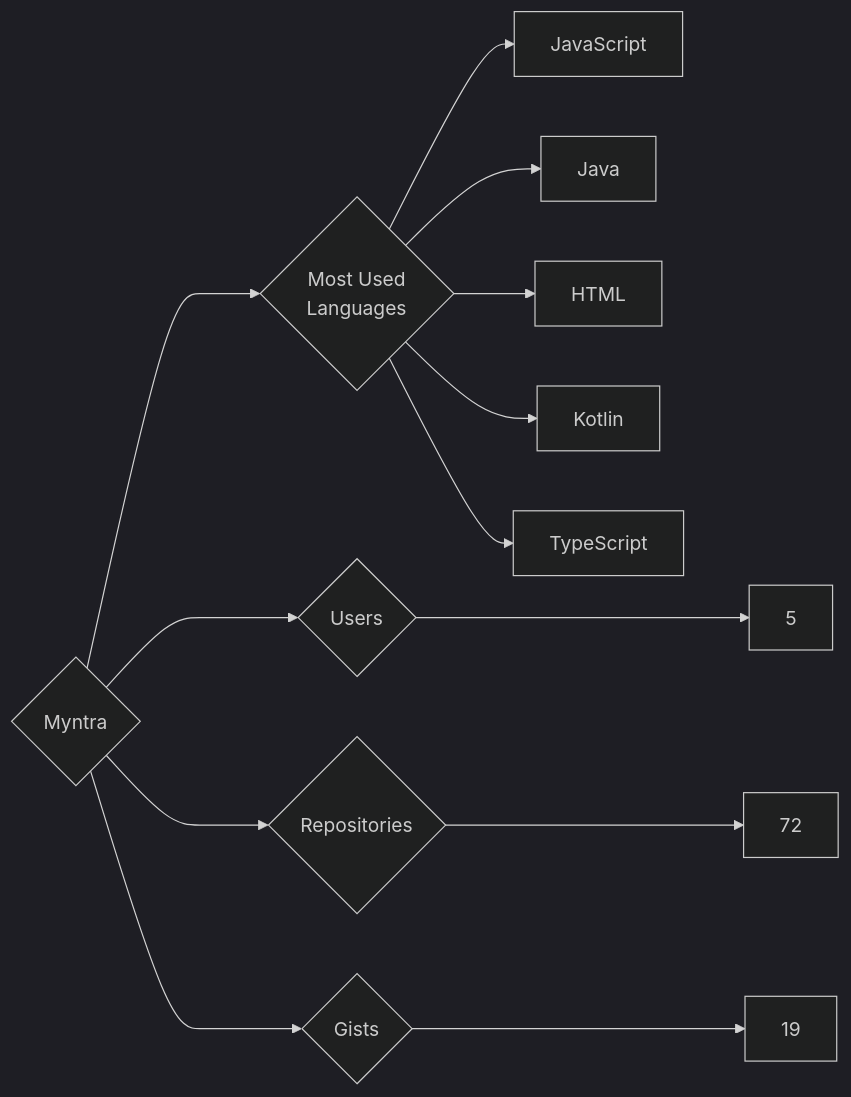
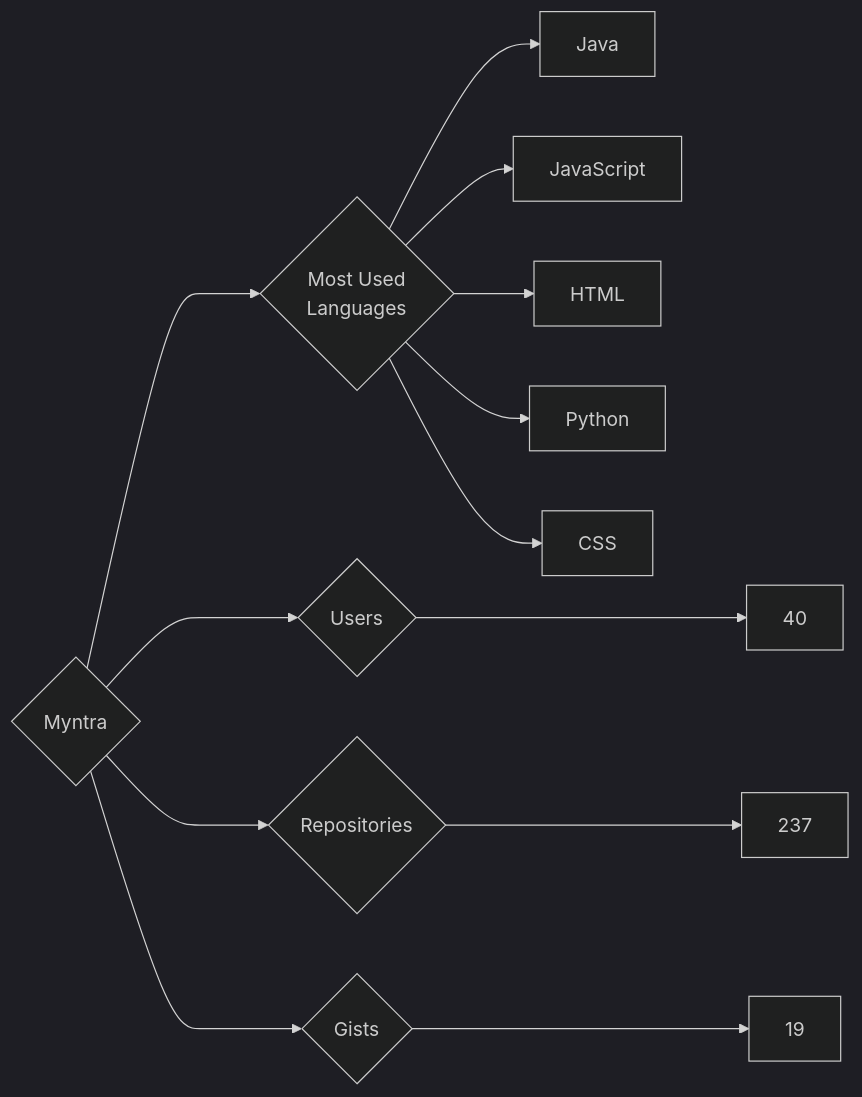
Before and after one commit to trickest/insiders: the diagram in targets/Myntra/README.md, drawn with Mermaid (dark theme). The commit also changed 715 other files, not shown here.

````diff
--- a/targets/Myntra/README.md
+++ b/targets/Myntra/README.md
@@ -3,13 +3,13 @@
 ```mermaid
 graph LR
 COMPANY_NAME{Myntra}
-COMPANY_NAME ---> U{Users} ---> UN[5]
-COMPANY_NAME ---> R{Repositories} ---> RN[72]
+COMPANY_NAME ---> U{Users} ---> UN[40]
+COMPANY_NAME ---> R{Repositories} ---> RN[237]
 COMPANY_NAME ---> G{Gists} ---> GN[19]
 COMPANY_NAME ---> ML{Most Used<br>Languages}
+ML --> Java[Java]
 ML --> JavaScript[JavaScript]
-ML --> Java[Java]
 ML --> HTML[HTML]
-ML --> Kotlin[Kotlin]
-ML --> TypeScript[TypeScript]
+ML --> Python[Python]
+ML --> CSS[CSS]
 ```
````
